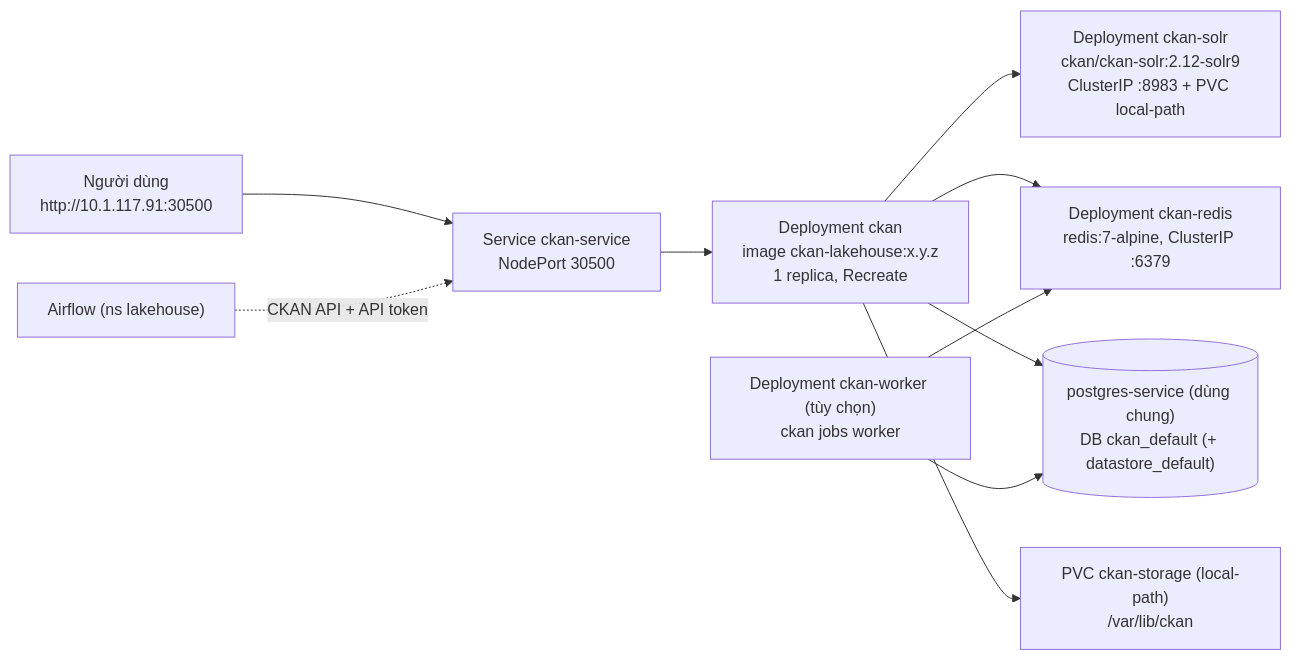
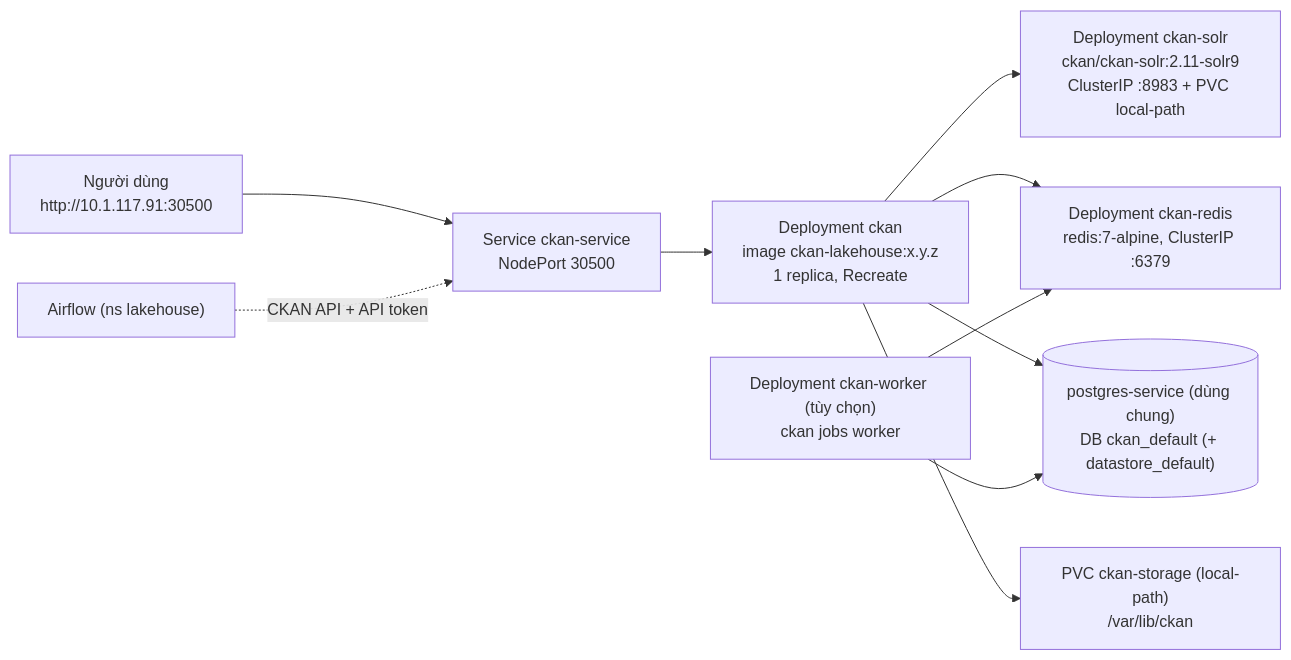
One commit to jayyyyte/ckan_customized changed the diagram in docs/phase-3-k8s-deploy.md. Above: the diagram before and after it, drawn with Mermaid. The commit also changed other lines of this file and 8 other files, not shown here.

Commit message:
docs: Update CKAN version to 2.11.6 across documentation and deployment configurations

````diff
--- a/docs/phase-3-k8s-deploy.md
+++ b/docs/phase-3-k8s-deploy.md
@@ -9,12 +9,12 @@
 ```mermaid
 flowchart LR
   U["Người dùng<br/>http://10.1.117.91:30500"] --> SVC["Service ckan-service<br/>NodePort 30500"]
   SVC --> CK["Deployment ckan<br/>image ckan-lakehouse:x.y.z<br/>1 replica, Recreate"]
-  CK --> SOLR["Deployment ckan-solr<br/>ckan/ckan-solr:2.12-solr9<br/>ClusterIP :8983 + PVC local-path"]
+  CK --> SOLR["Deployment ckan-solr<br/>ckan/ckan-solr:2.11-solr9<br/>ClusterIP :8983 + PVC local-path"]
   CK --> RED["Deployment ckan-redis<br/>redis:7-alpine, ClusterIP :6379"]
   CK --> PG[("postgres-service (dùng chung)<br/>DB ckan_default (+ datastore_default)")]
   CK --> PVC["PVC ckan-storage (local-path)<br/>/var/lib/ckan"]
   W["Deployment ckan-worker (tùy chọn)<br/>ckan jobs worker"] --> RED
   W --> PG
   AF["Airflow (ns lakehouse)"] -. "CKAN API + API token" .-> SVC
 ```
````
